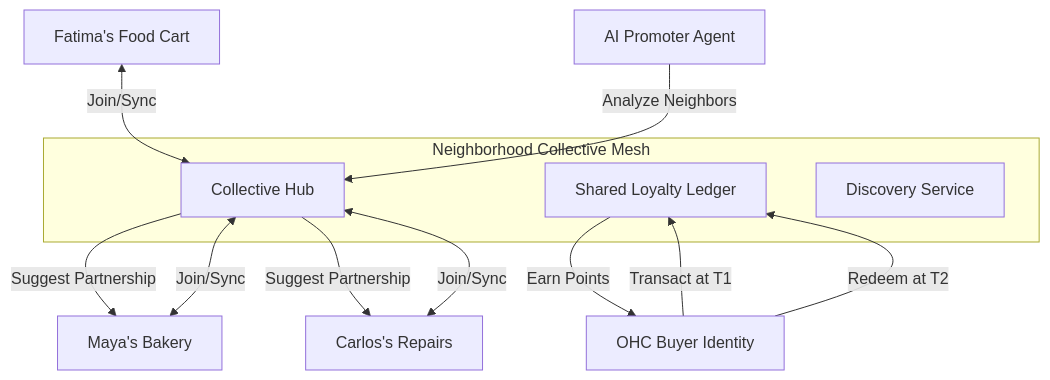
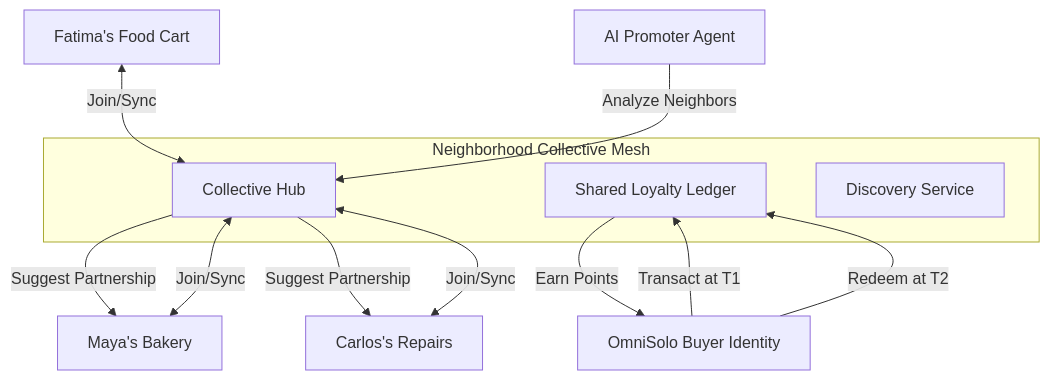
Before and after one commit to omnisolo-llc/onehumancorp: the first of 2 diagrams in docs/research/[architecture]_neighborhood_collective_mesh.md, drawn with Mermaid. The commit also changed other lines of this file and 2191 other files, not shown here.

Commit message:
feat: complete OmniSolo rename and browser audit

````diff
--- a/docs/research/[architecture]_neighborhood_collective_mesh.md
+++ b/docs/research/[architecture]_neighborhood_collective_mesh.md
@@ -23,19 +23,19 @@
 ```mermaid
 graph TD
     subgraph Neighborhood_Mesh [Neighborhood Collective Mesh]
         C[Collective Hub]
         L[Shared Loyalty Ledger]
         D[Discovery Service]
     end
 
     T1[Maya's Bakery] <-->|Join/Sync| C
     T2[Carlos's Repairs] <-->|Join/Sync| C
     T3[Fatima's Food Cart] <-->|Join/Sync| C
 
-    Buyer[OHC Buyer Identity] -->|Transact at T1| L
+    Buyer[OmniSolo Buyer Identity] -->|Transact at T1| L
     L -->|Earn Points| Buyer
     Buyer -->|Redeem at T2| L
 
     MarketingAgent[AI Promoter Agent] -->|Analyze Neighbors| C
     C -->|Suggest Partnership| T1 & T2
 ```
````
